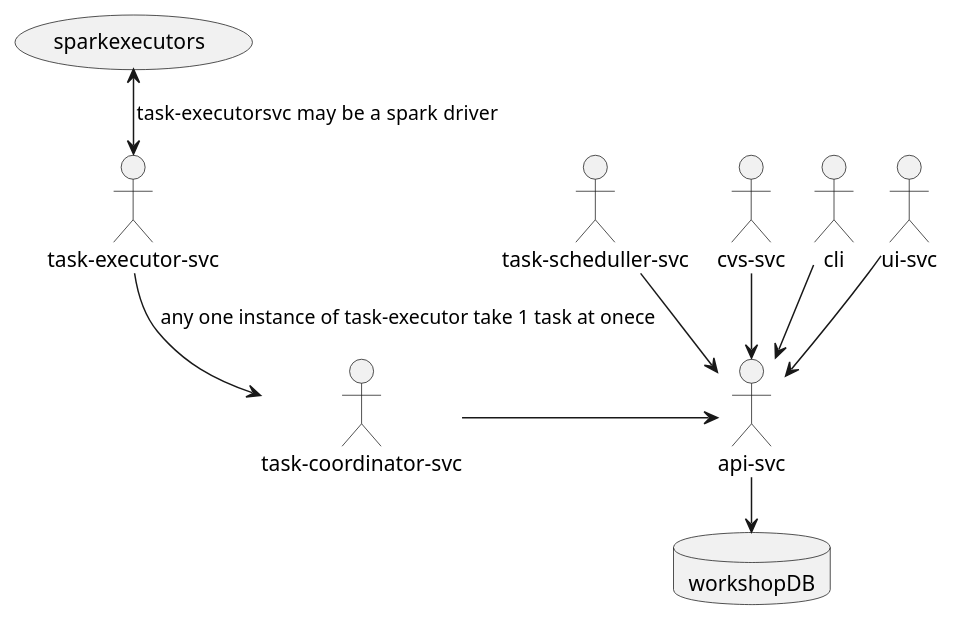
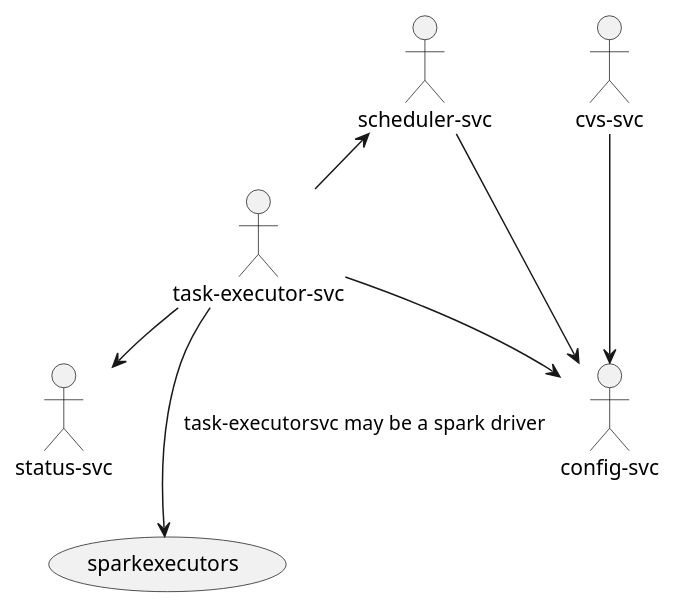
Before and after one commit to zaytsevdmitry/lakehouse: the diagram in doc/system_design/services.puml, drawn with PlantUML. The commit also changed 546 other files, not shown here.

```diff
--- a/doc/system_design/services.puml
+++ b/doc/system_design/services.puml
@@ -1,20 +1,20 @@
 @startuml
 !pragma layout smetana
-database workshopDB
-
-:ui-svc: as uisvc
-:api-svc:  as apisvc
-:task-coordinator-svc:  as taskcoordinatorsvc
+':ui-svc: as uisvc
+:config-svc:  as confsvc
+:status-svc:  as statussvc
 :task-executor-svc:  as taskexecutorsvc
-:task-scheduller-svc: as taskschedullersvc
+:scheduler-svc: as schedulersvc
 :cvs-svc: as cvssvc
-:cli: as cli
-taskcoordinatorsvc -> apisvc
-taskschedullersvc-->apisvc
-cvssvc -->apisvc
-uisvc-->apisvc
-cli-->apisvc
-apisvc-->workshopDB
-taskexecutorsvc-->taskcoordinatorsvc:any one instance of task-executor take 1 task at onece
-(sparkexecutors)<-->taskexecutorsvc:task-executorsvc may be a spark  driver
+':cmd-cli: as cmdcli
+cvssvc ---> confsvc
+schedulersvc -> confsvc
+'uisvc --> confsvc
+'uisvc ---> schedulersvc
+'cmdcli --> confsvc
+'cmdcli --> schedulersvc
+schedulersvc <-- taskexecutorsvc
+taskexecutorsvc --> statussvc
+taskexecutorsvc --> confsvc
+taskexecutorsvc --->(sparkexecutors):task-executorsvc may be a spark  driver
 @enduml
```
